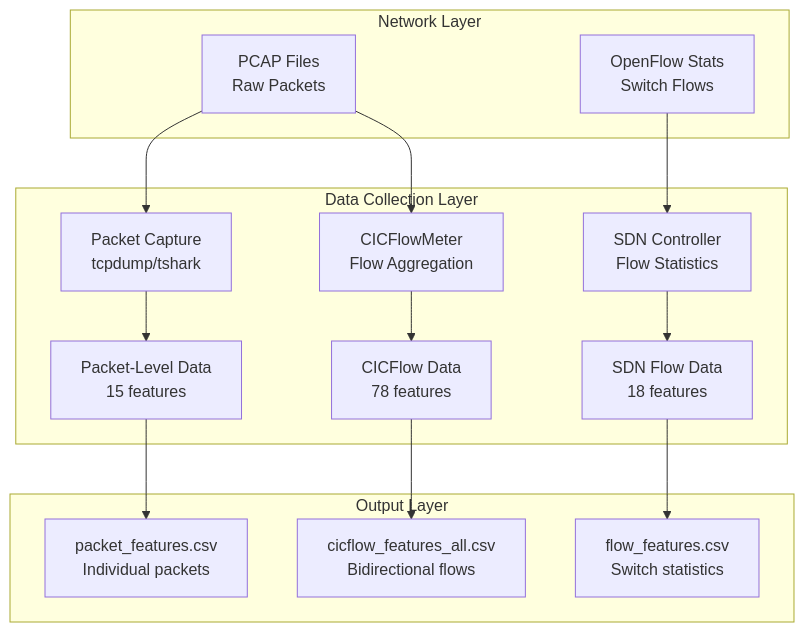
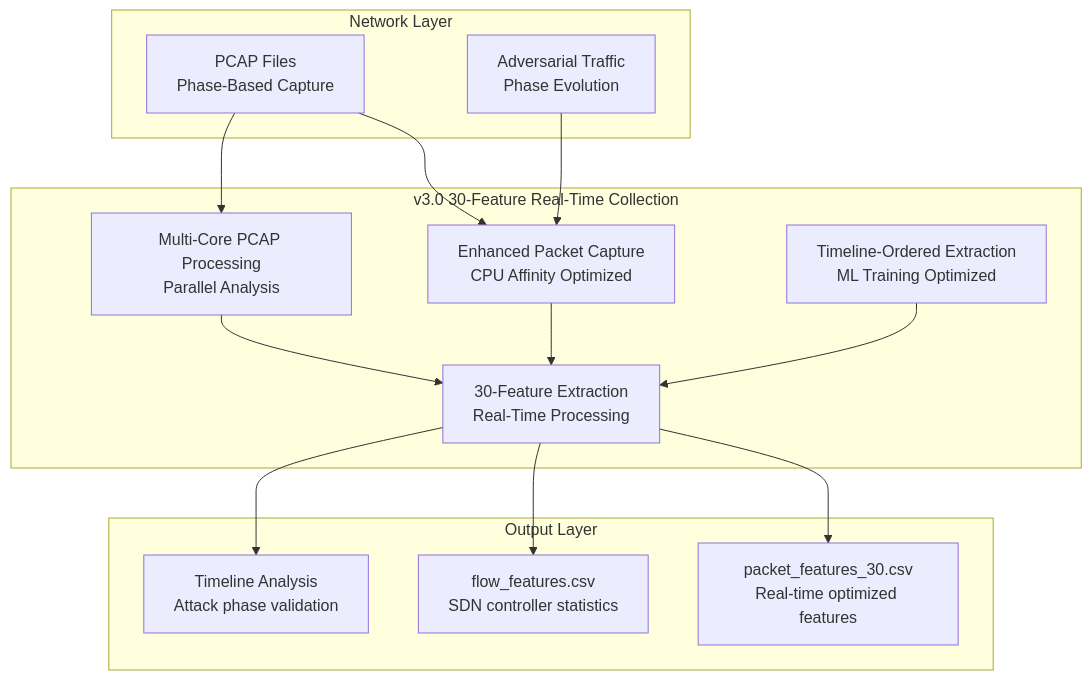
Before and after one commit to nqmn/adddosdn: the second of 2 diagrams in docs/scenario.md, drawn with Mermaid. The commit also changed other lines of this file and 2423 other files, not shown here.

````diff
--- a/docs/scenario.md
+++ b/docs/scenario.md
@@ -294,20 +332,20 @@
 ```mermaid
 flowchart TB
-    subgraph "Data Collection Layer"
-        A[Packet Capture<br/>tcpdump/tshark] --> D[Packet-Level Data<br/>15 features]
-        B[SDN Controller<br/>Flow Statistics] --> E[SDN Flow Data<br/>18 features]
-        C[CICFlowMeter<br/>Flow Aggregation] --> F[CICFlow Data<br/>78 features]
+    subgraph "v3.0 30-Feature Real-Time Collection"
+        A[Enhanced Packet Capture<br/>CPU Affinity Optimized] --> D[30-Feature Extraction<br/>Real-Time Processing]
+        B[Multi-Core PCAP Processing<br/>Parallel Analysis] --> D
+        C[Timeline-Ordered Extraction<br/>ML Training Optimized] --> D
     end
     
     subgraph "Network Layer"
-        G[PCAP Files<br/>Raw Packets] --> A
-        G --> C
-        H[OpenFlow Stats<br/>Switch Flows] --> B
+        G[PCAP Files<br/>Phase-Based Capture] --> A
+        G --> B
+        H[Adversarial Traffic<br/>Phase Evolution] --> A
     end
     
     subgraph "Output Layer"
-        D --> I[packet_features.csv<br/>Individual packets]
-        E --> J[flow_features.csv<br/>Switch statistics]
-        F --> K[cicflow_features_all.csv<br/>Bidirectional flows]
+        D --> I[packet_features_30.csv<br/>Real-time optimized features]
+        D --> J[flow_features.csv<br/>SDN controller statistics]
+        D --> K[Timeline Analysis<br/>Attack phase validation]
     end
 ```
````
